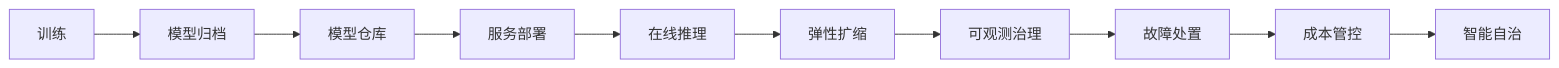
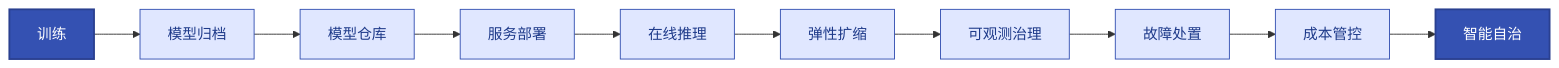
One commit to jackiesre721/ai-native-ops changed the diagram in docs/03-ainative-ops-paradigm.md. Above: the diagram before and after it, drawn with Mermaid. The commit also changed 9 other files, not shown here.

First line of the commit message:
viz: 全部 12 张 mermaid 图上语义色

````diff
--- a/docs/03-ainative-ops-paradigm.md
+++ b/docs/03-ainative-ops-paradigm.md
@@ -12,5 +12,9 @@
 ```mermaid
 flowchart LR
     T[训练] --> A[模型归档] --> R[模型仓库] --> D[服务部署] --> I[在线推理]
     I --> S[弹性扩缩] --> O[可观测治理] --> F[故障处置] --> C[成本管控] --> U[智能自治]
+    classDef start fill:#3451b2,color:#fff,stroke:#2a4090,stroke-width:2px
+    classDef proc fill:#e0e7ff,stroke:#3451b2,color:#1e3a8a
+    class T,U start
+    class A,R,D,I,S,O,F,C proc
 ```
````
